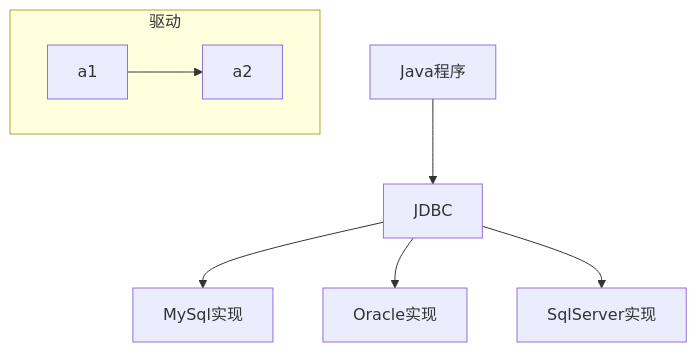
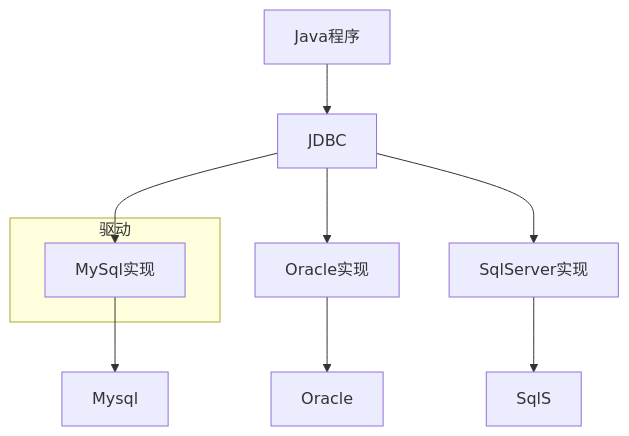
The diagram in 💻计算机/数据库/MyBatis.md (poppop9/obsidian), drawn with Mermaid before and after one commit. The commit also changed other lines of this file and 2 other files, not shown here.

Commit message:
vault backup: 2023-11-14 15:36:19

````diff
--- a/💻计算机/数据库/MyBatis.md
+++ b/💻计算机/数据库/MyBatis.md
@@ -19,11 +19,15 @@
 ```mermaid
 graph TB
 	a[Java程序]-->b[JDBC]
 	b-->c[MySql实现]
 	b-->d[Oracle实现]
 	b-->e[SqlServer实现]
 
+	c-->f[Mysql]
+	d-->g[Oracle]
+	e-->h[SqlS]
+
     subgraph 驱动
-    a1-->a2
+    c
     end
 ```
````
